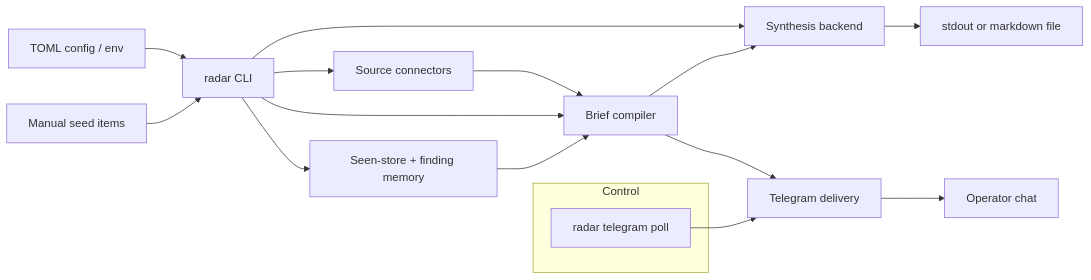
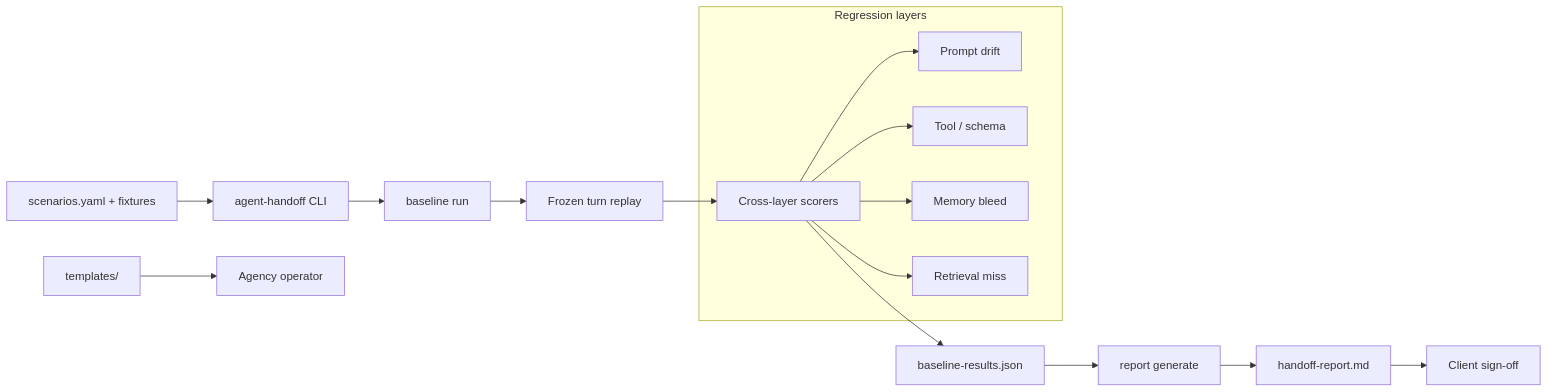
Before and after one commit to mastroke/ai-research-radar: the diagram in README.md, drawn with Mermaid. The commit also changed other lines of this file and 100 other files, not shown here.

First line of the commit message:
feat: introduce agent-handoff-kit CLI and baseline pack

````diff
--- a/README.md
+++ b/README.md
@@ -30,21 +57,19 @@
 ```mermaid
 flowchart LR
-    Config[TOML config / env] --> CLI[radar CLI]
-    CLI --> Connectors[Source connectors]
-    Connectors --> Briefing[Brief compiler]
-    SeedItems[Manual seed items] --> CLI
-    CLI --> Briefing
-    CLI --> Synthesis[Synthesis backend]
-    Synthesis --> Writer[stdout or markdown file]
-    Briefing --> Synthesis
-    CLI --> Memory[Seen-store + finding memory]
-    Memory --> Briefing
-    Briefing --> Delivery[Telegram delivery]
-    Delivery --> Operator[Operator chat]
+    Config[scenarios.yaml + fixtures] --> CLI[agent-handoff CLI]
+    CLI --> Baseline[baseline run]
+    Baseline --> Replay[Frozen turn replay]
+    Replay --> Scorers[Cross-layer scorers]
+    Scorers --> Results[baseline-results.json]
+    Results --> Report[report generate]
+    Report --> Markdown[handoff-report.md]
+    Templates[templates/] --> Operator[Agency operator]
+    Markdown --> Client[Client sign-off]
 
-    subgraph Control
-        TelegramPoll[radar telegram poll]
+    subgraph Regression layers
+        Scorers --> Prompt[Prompt drift]
+        Scorers --> Tools[Tool / schema]
+        Scorers --> Memory[Memory bleed]
+        Scorers --> Retrieval[Retrieval miss]
     end
-
-    TelegramPoll --> Delivery
 ```
````
